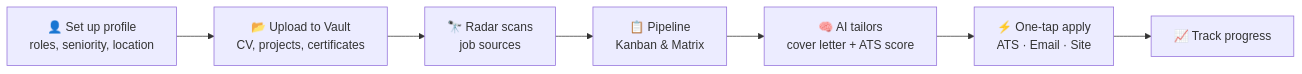
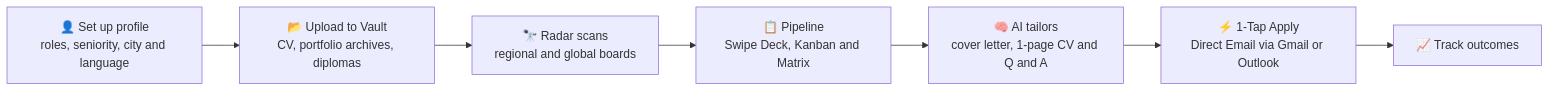
One commit to AlexBuildsLTS/OpusHunter-Release changed the first of 4 diagrams in README.md. Above: the diagram before and after it, drawn with Mermaid. The commit also changed other lines of this file, not shown here.

````diff
--- a/README.md
+++ b/README.md
@@ -132,9 +155,9 @@
 ```mermaid
 flowchart LR
-    A["👤 Set up profile<br/>roles, seniority, location"] --> B["📂 Upload to Vault<br/>CV, projects, certificates"]
-    B --> C["🔭 Radar scans<br/>job sources"]
-    C --> D["📋 Pipeline<br/>Kanban & Matrix"]
-    D --> E["🧠 AI tailors<br/>cover letter + ATS score"]
-    E --> F["⚡ One-tap apply<br/>ATS · Email · Site"]
-    F --> G["📈 Track progress"]
+    A["👤 Set up profile<br/>roles, seniority, city and language"] --> B["📂 Upload to Vault<br/>CV, portfolio archives, diplomas"]
+    B --> C["🔭 Radar scans<br/>regional and global boards"]
+    C --> D["📋 Pipeline<br/>Swipe Deck, Kanban and Matrix"]
+    D --> E["🧠 AI tailors<br/>cover letter, 1-page CV and Q and A"]
+    E --> F["⚡ 1-Tap Apply<br/>Direct Email via Gmail or Outlook"]
+    F --> G["📈 Track outcomes"]
 ```
````
